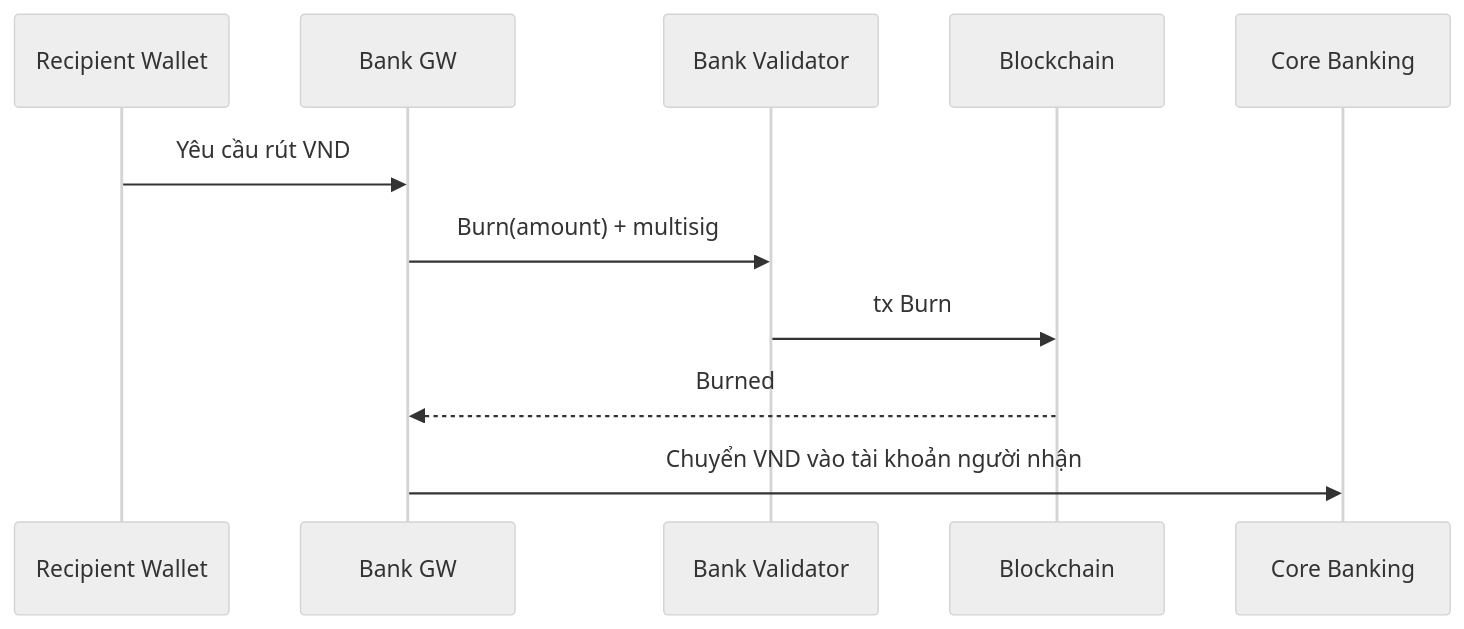
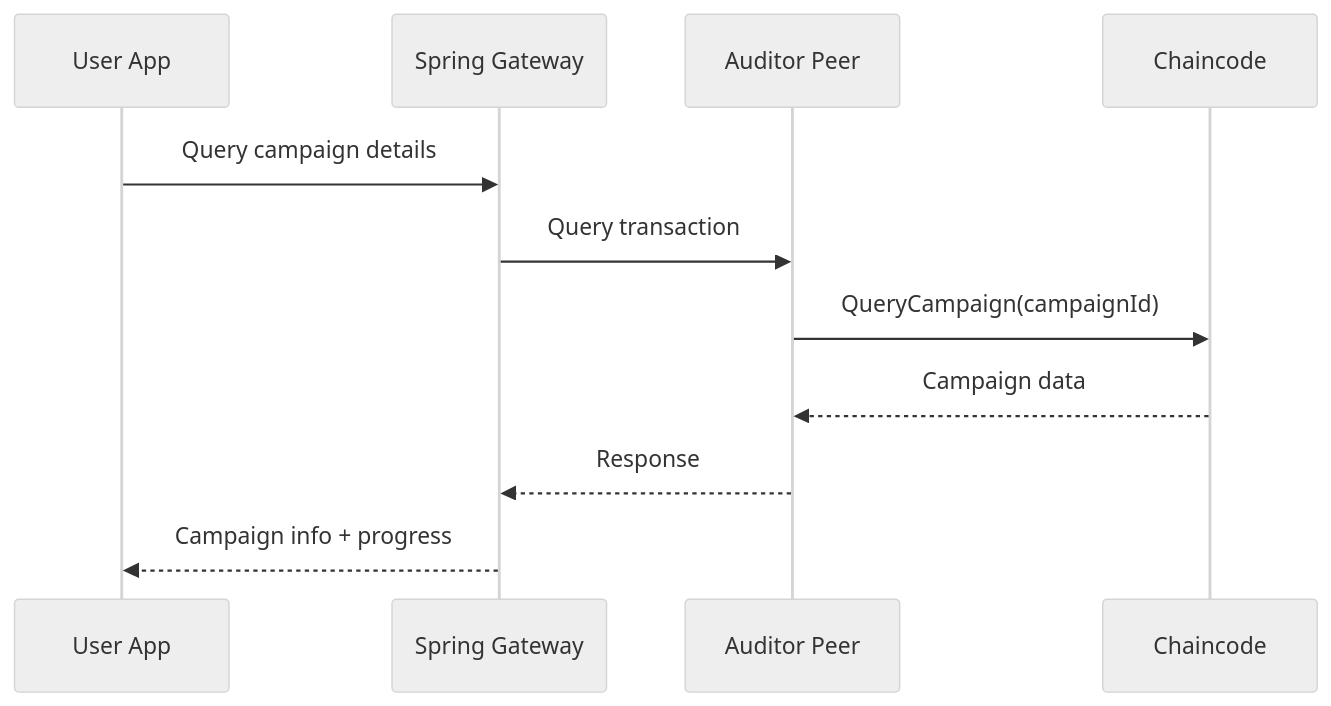
One commit to trunghc97/kind-ledger changed the sixth of 6 diagrams in documents/intro.md. Above: the diagram before and after it, drawn with Mermaid (neutral theme). The commit also changed other lines of this file and 146 other files, not shown here.

````diff
--- a/documents/intro.md
+++ b/documents/intro.md
@@ -251,13 +269,13 @@
 ```mermaid
 sequenceDiagram
-  participant R as Recipient Wallet
-  participant GW as Bank GW
-  participant V as Bank Validator
-  participant Chain as Blockchain
-  participant Core as Core Banking
-  R->>GW: Yêu cầu rút VND
-  GW->>V: Burn(amount) + multisig
-  V->>Chain: tx Burn
-  Chain-->>GW: Burned
-  GW->>Core: Chuyển VND vào tài khoản người nhận
+  participant U as User App
+  participant GW as Spring Gateway
+  participant AUD as Auditor Peer
+  participant CC as Chaincode
+  U->>GW: Query campaign details
+  GW->>AUD: Query transaction
+  AUD->>CC: QueryCampaign(campaignId)
+  CC-->>AUD: Campaign data
+  AUD-->>GW: Response
+  GW-->>U: Campaign info + progress
 ```
````
